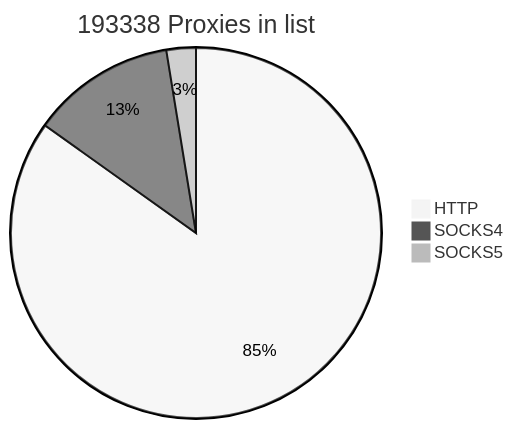
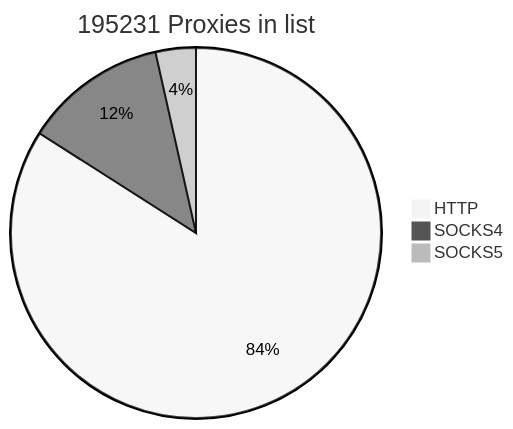
One commit to cutipu/proxylist changed the first of 2 diagrams in README.md. Above: the diagram before and after it, drawn with Mermaid (neutral theme). The commit also changed other lines of this file, not shown here.

````diff
--- a/README.md
+++ b/README.md
@@ -2,7 +2,7 @@
 ```mermaid
-pie title 193338 Proxies in list
+pie title 195231 Proxies in list
     "HTTP" : 164056
-    "SOCKS4" : 24317
-    "SOCKS5" : 4965
+    "SOCKS4" : 24318
+    "SOCKS5" : 6857
             
 ```
````
